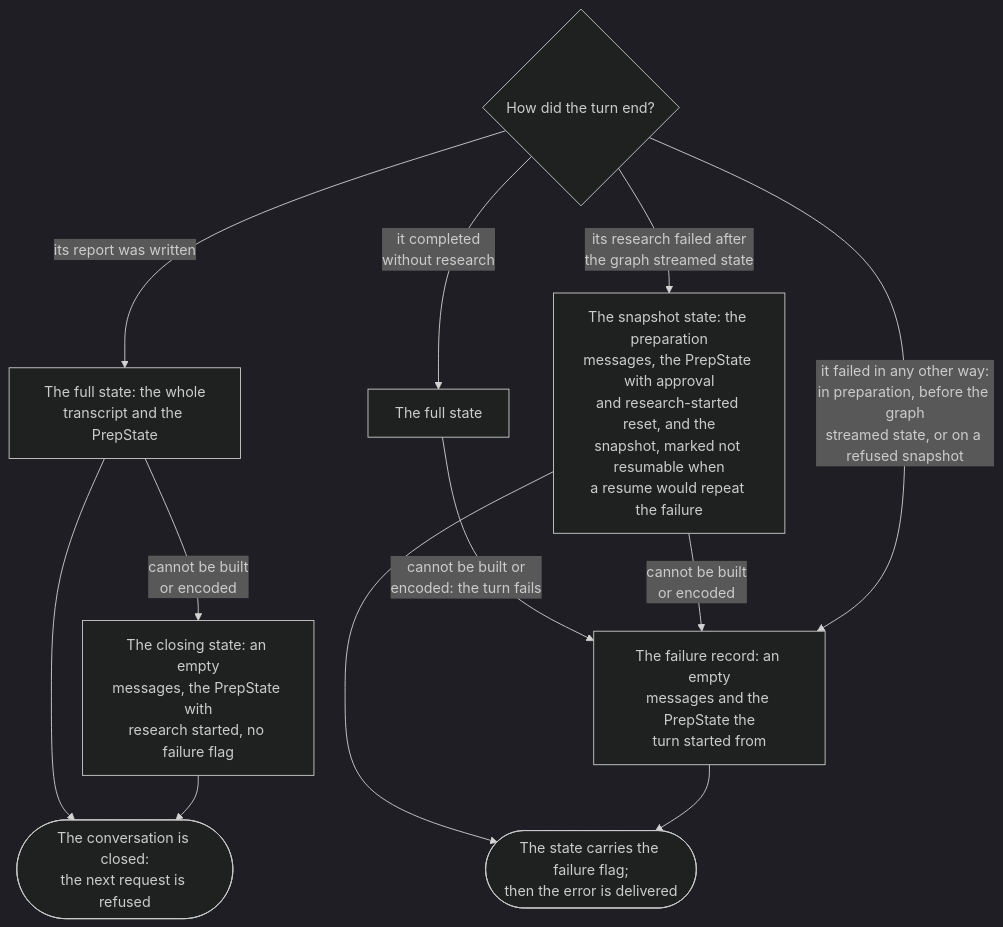
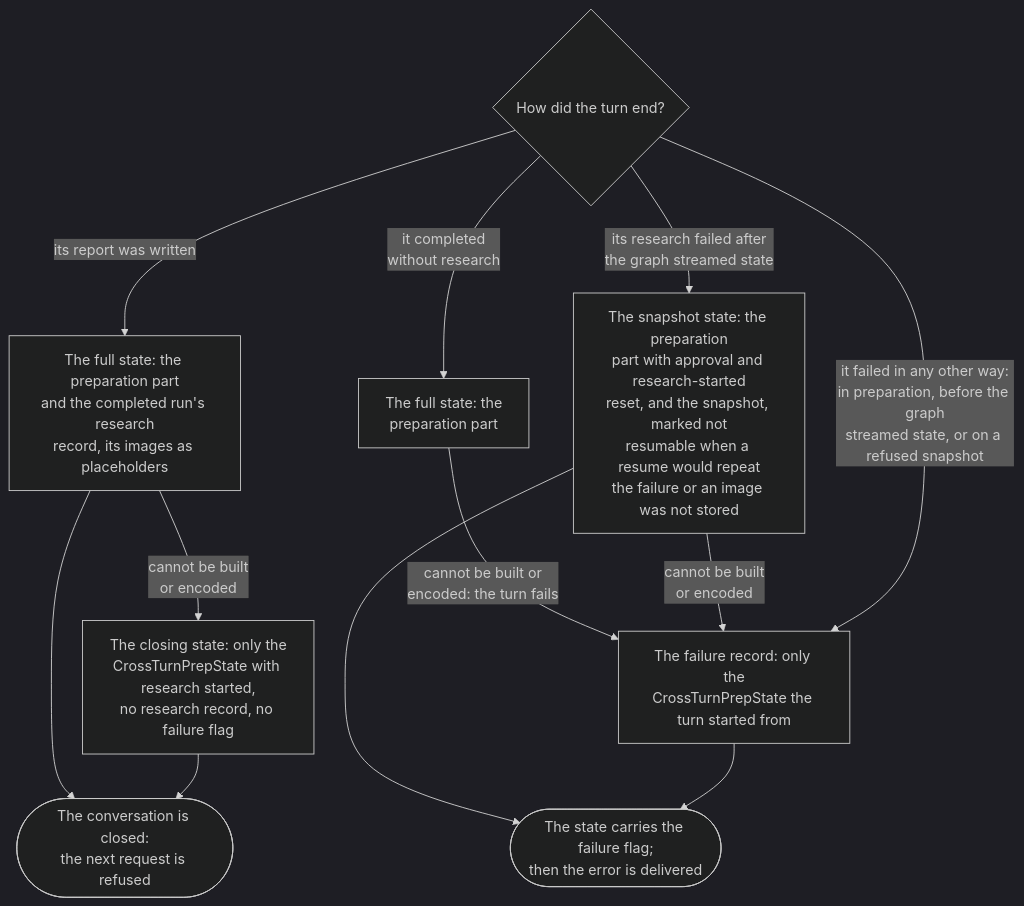
One commit to epam/ai-dial-deep-research-backend changed the third of 5 diagrams in docs/architecture.md. Above: the diagram before and after it, drawn with Mermaid (dark theme). The commit also changed other lines of this file and 50 other files, not shown here.

First line of the commit message:
feat: store each graph's model outputs in a research record and keep preparation apart

````diff
--- a/docs/architecture.md
+++ b/docs/architecture.md
@@ -188,15 +206,15 @@
 ```mermaid
 flowchart TD
     ended{"How did the turn end?"}
-    ended -->|"its report was written"| full["The full state: the whole<br/>transcript and the PrepState"]
-    full -->|"cannot be built<br/>or encoded"| closing["The closing state: an empty<br/>messages, the PrepState with<br/>research started, no failure flag"]
+    ended -->|"its report was written"| full["The full state: the preparation part<br/>and the completed run's research<br/>record, its images as placeholders"]
+    full -->|"cannot be built<br/>or encoded"| closing["The closing state: only the<br/>CrossTurnPrepState with research started,<br/>no research record, no failure flag"]
     full --> closed(["The conversation is closed:<br/>the next request is refused"])
     closing --> closed
-    ended -->|"it completed<br/>without research"| prep_full["The full state"]
+    ended -->|"it completed<br/>without research"| prep_full["The full state: the<br/>preparation part"]
     prep_full -->|"cannot be built or<br/>encoded: the turn fails"| record
-    ended -->|"its research failed after<br/>the graph streamed state"| snapshot["The snapshot state: the preparation<br/>messages, the PrepState with approval<br/>and research-started reset, and the<br/>snapshot, marked not resumable when<br/>a resume would repeat the failure"]
-    snapshot -->|"cannot be built<br/>or encoded"| record["The failure record: an empty<br/>messages and the PrepState the<br/>turn started from"]
+    ended -->|"its research failed after<br/>the graph streamed state"| snapshot["The snapshot state: the preparation<br/>part with approval and research-started<br/>reset, and the snapshot, marked not<br/>resumable when a resume would repeat<br/>the failure or an image was not stored"]
+    snapshot -->|"cannot be built<br/>or encoded"| record["The failure record: only the<br/>CrossTurnPrepState the turn started from"]
     ended -->|"it failed in any other way:<br/>in preparation, before the graph<br/>streamed state, or on a refused snapshot"| record
     snapshot --> flag(["The state carries the failure flag;<br/>then the error is delivered"])
     record --> flag
 ```
````
